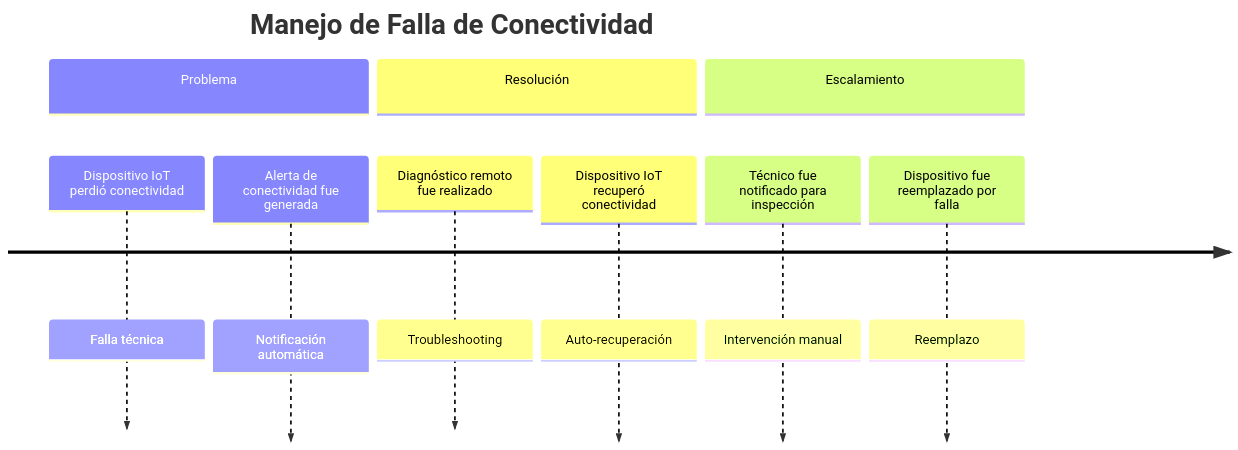
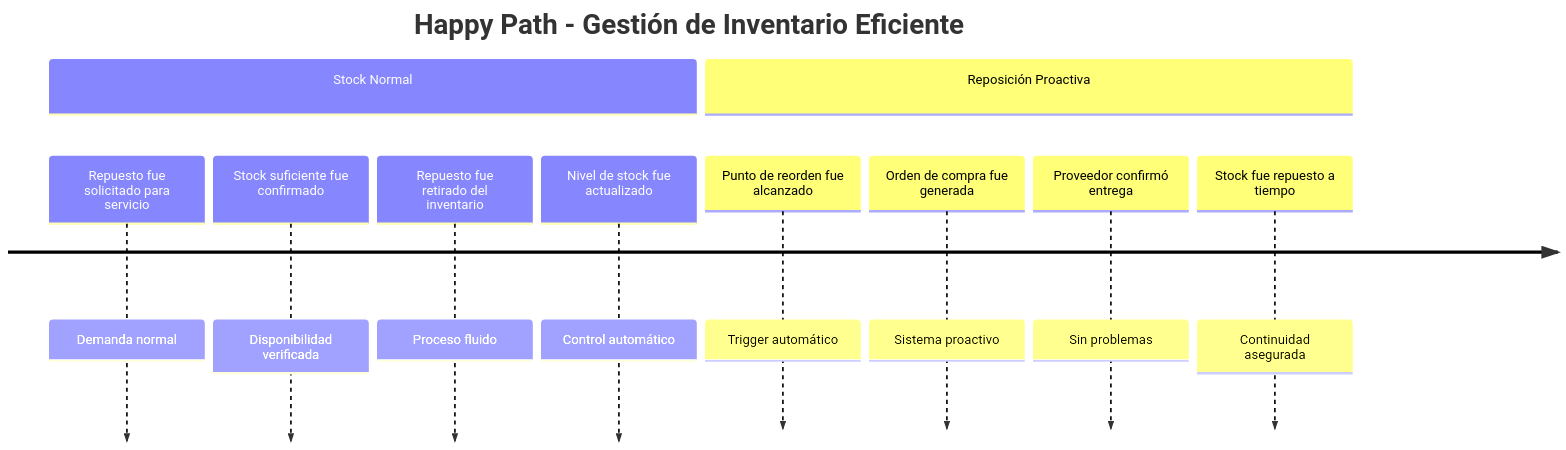
Diagram 11 of 13 in eventstorming-step2-timeline-organization.md (JanoverSaldana/arbol-decisiones-tracker-mobility), drawn with Mermaid before and after one commit. The commit also changed other lines of this file, not shown here.

````diff
--- a/eventstorming-step2-timeline-organization.md
+++ b/eventstorming-step2-timeline-organization.md
@@ -270,16 +506,16 @@
 ```mermaid
 timeline
-    title Manejo de Falla de Conectividad
+    title Happy Path - Gestión de Inventario Eficiente
     
-    section Problema
-        Dispositivo IoT perdió conectividad : Falla técnica
-        Alerta de conectividad fue generada : Notificación automática
+    section Stock Normal
+        Repuesto fue solicitado para servicio : Demanda normal
+        Stock suficiente fue confirmado : Disponibilidad verificada
+        Repuesto fue retirado del inventario : Proceso fluido
+        Nivel de stock fue actualizado : Control automático
         
-    section Resolución
-        Diagnóstico remoto fue realizado : Troubleshooting
-        Dispositivo IoT recuperó conectividad : Auto-recuperación
-        
-    section Escalamiento
-        Técnico fue notificado para inspección : Intervención manual
-        Dispositivo fue reemplazado por falla : Reemplazo
+    section Reposición Proactiva
+        Punto de reorden fue alcanzado : Trigger automático
+        Orden de compra fue generada : Sistema proactivo
+        Proveedor confirmó entrega : Sin problemas
+        Stock fue repuesto a tiempo : Continuidad asegurada
 ```
````
